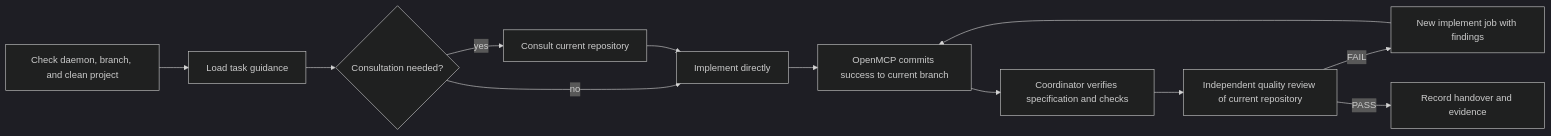
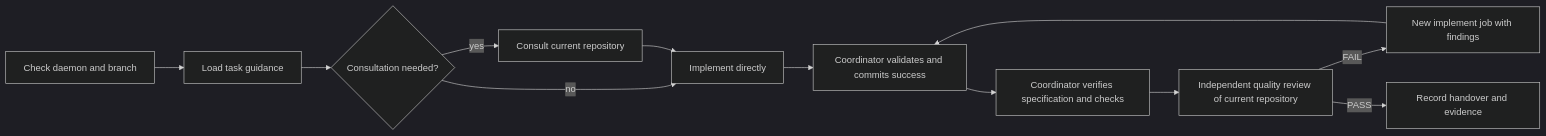
One commit to sitien173/refract changed the diagram in plugin/README.md. Above: the diagram before and after it, drawn with Mermaid (dark theme). The commit also changed other lines of this file and 13 other files, not shown here.

````diff
--- a/plugin/README.md
+++ b/plugin/README.md
@@ -9,14 +9,14 @@
 ```mermaid
 flowchart LR
-    A[Check daemon, branch, and clean project] --> G[Load task guidance]
+    A[Check daemon and branch] --> G[Load task guidance]
     G --> C{Consultation needed?}
     C -->|yes| D[Consult current repository]
     C -->|no| I[Implement directly]
     D --> I
-    I --> K[OpenMCP commits success to current branch]
+    I --> K[Coordinator validates and commits success]
     K --> S[Coordinator verifies specification and checks]
     S --> R[Independent quality review of current repository]
     R -->|FAIL| F[New implement job with findings]
     F --> K
     R -->|PASS| H[Record handover and evidence]
 ```
````
